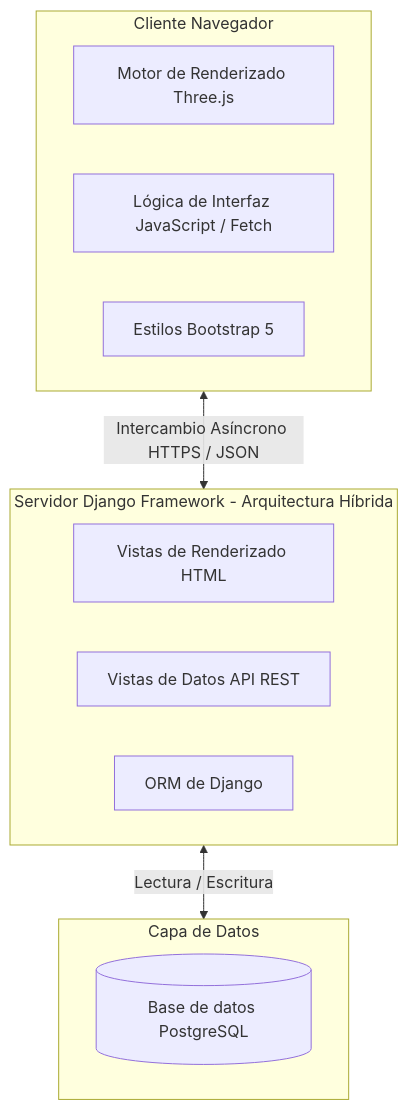
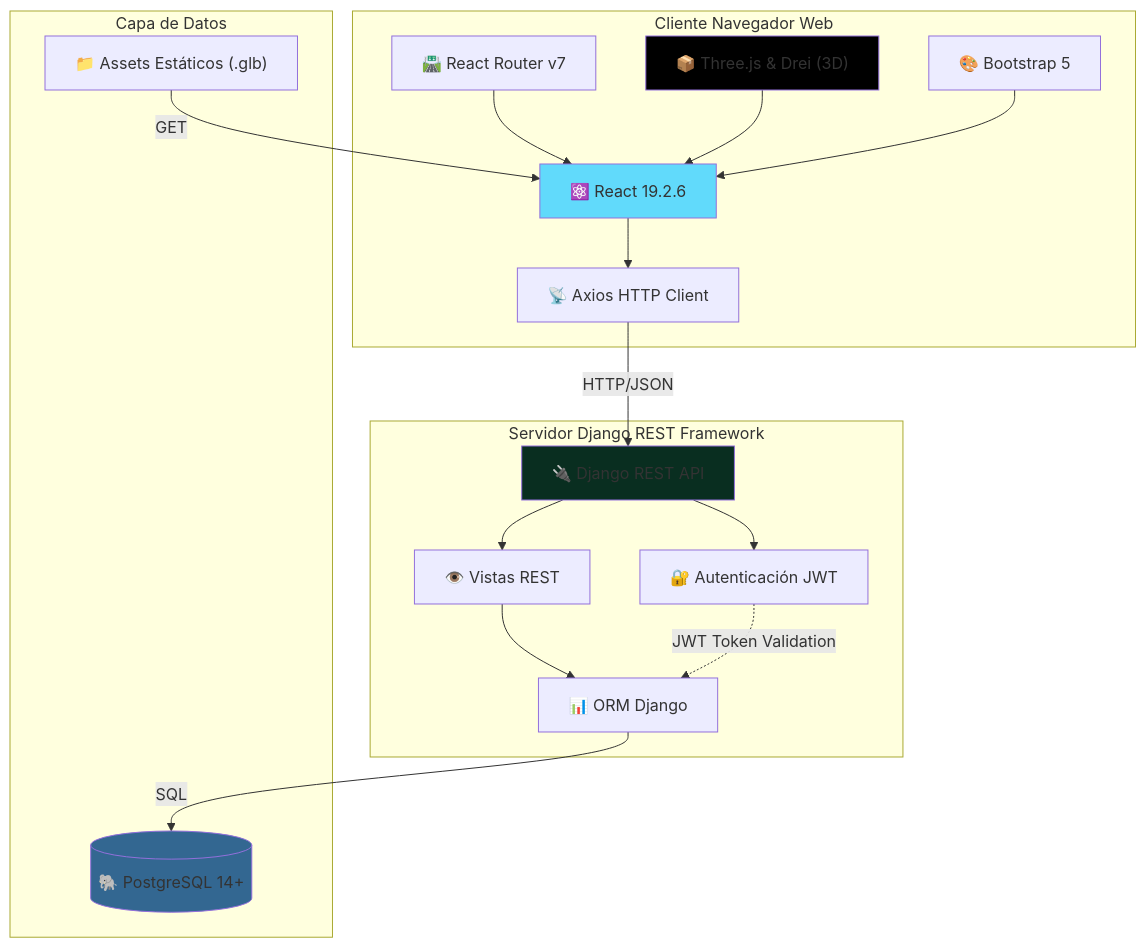
Before and after one commit to Isaacoronam/bandwar-sga: the first of 7 diagrams in README.md, drawn with Mermaid. The commit also changed other lines of this file and 3 other files, not shown here.

First line of the commit message:
docs: actualizar diagramas, mejorar instrucciones e implementar seguridad en configuracion

````diff
--- a/README.md
+++ b/README.md
@@ -65,23 +102,44 @@
 ```mermaid
 graph TD
-    %% Componentes principales
-    subgraph Cliente [Cliente Navegador]
-        Three[Motor de Renderizado Three.js]
-        JS[Lógica de Interfaz JavaScript / Fetch]
-        Boot[Estilos Bootstrap 5]
+    %% Componentes principales del Cliente
+    subgraph Cliente [Cliente Navegador Web]
+        React["⚛️ React 19.2.6"]
+        Router["🛣️ React Router v7"]
+        Three["📦 Three.js & Drei (3D)"]
+        Bootstrap["🎨 Bootstrap 5"]
+        Axios["📡 Axios HTTP Client"]
     end
 
-    subgraph Servidor [Servidor Django Framework - Arquitectura Híbrida]
-        VHTML[Vistas de Renderizado HTML]
-        VAPI[Vistas de Datos API REST]
-        ORM[ORM de Django]
+    subgraph Backend [Servidor Django REST Framework]
+        DRF["🔌 Django REST API"]
+        Auth["🔐 Autenticación JWT"]
+        ORM["📊 ORM Django"]
+        Views["👁️ Vistas REST"]
     end
 
     subgraph Persistencia [Capa de Datos]
-        Postgres[(Base de datos PostgreSQL)]
+        Postgres[("🐘 PostgreSQL 14+")]
+        Static["📁 Assets Estáticos (.glb)"]
     end
 
-    %% Flujos de conexión
-    Cliente <-->|Intercambio Asíncrono HTTPS / JSON| Servidor
-    Servidor <-->|Lectura / Escritura| Persistencia
+    %% Flujos de Conexión
+    React --> Axios
+    Router --> React
+    Three --> React
+    Bootstrap --> React
+    
+    Axios -->|HTTP/JSON| DRF
+    DRF --> Auth
+    DRF --> Views
+    Views --> ORM
+    
+    ORM -->|SQL| Postgres
+    Static -->|GET| React
+    
+    Auth -.->|JWT Token Validation| ORM
+    
+    style React fill:#61dafb
+    style Postgres fill:#336791
+    style DRF fill:#092e20
+    style Three fill:#000000
 ```
````
